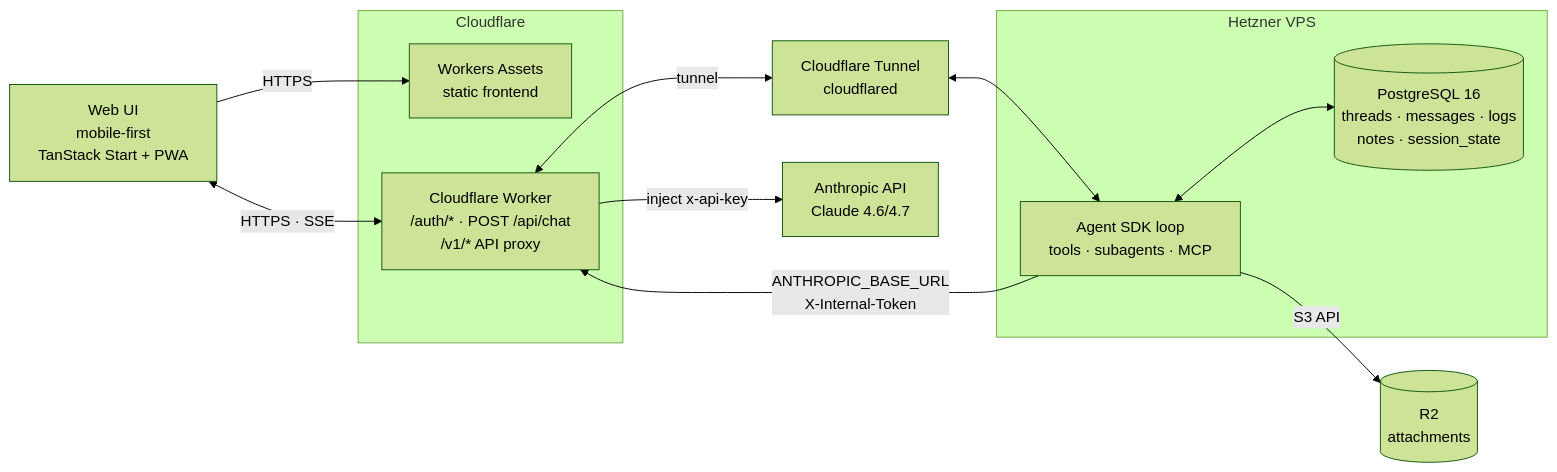
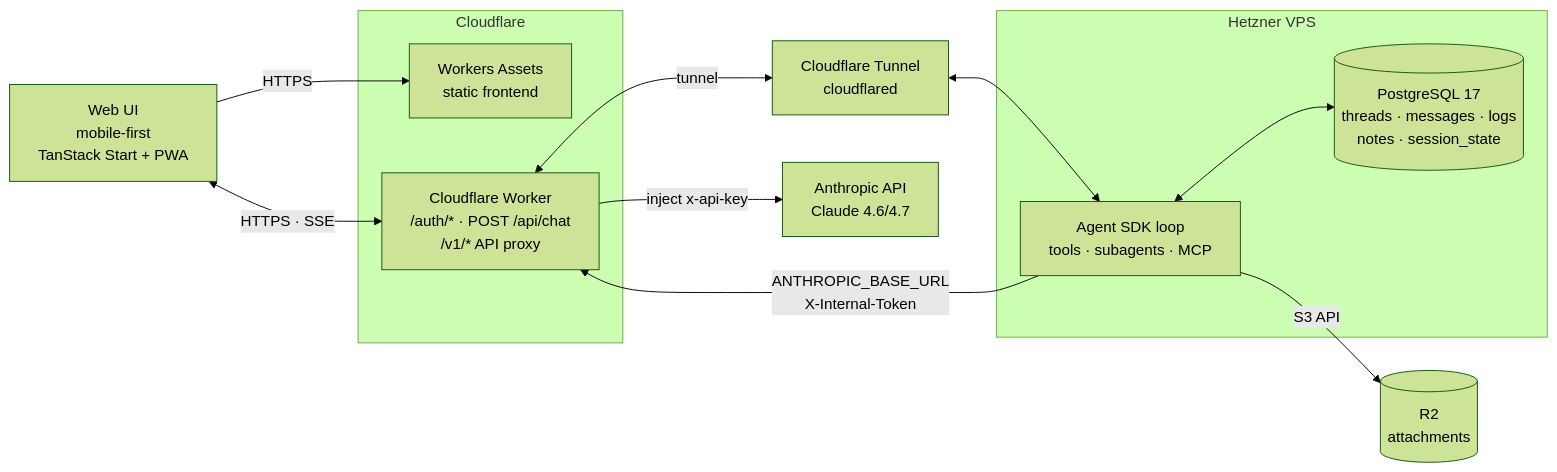
Before and after one commit to abdihashii/anthropic-agent-sdk-practice: the second of 6 diagrams in spec.md, drawn with Mermaid (forest theme). The commit also changed other lines of this file, not shown here.

````diff
--- a/spec.md
+++ b/spec.md
@@ -49,30 +49,30 @@
 ```mermaid
 flowchart LR
     UI[Web UI<br/>mobile-first<br/>TanStack Start + PWA]
     Assets[Workers Assets<br/>static frontend]
     Worker[Cloudflare Worker<br/>/auth/* · POST /api/chat<br/>/v1/* API proxy]
     Tunnel[Cloudflare Tunnel<br/>cloudflared]
     SDK[Agent SDK loop<br/>tools · subagents · MCP]
-    PG[(PostgreSQL 16<br/>threads · messages · logs<br/>notes · session_state)]
+    PG[(PostgreSQL 17<br/>threads · messages · logs<br/>notes · session_state)]
     R2[(R2<br/>attachments)]
     Anthropic[Anthropic API<br/>Claude 4.6/4.7]
 
     subgraph CF[Cloudflare]
         Assets
         Worker
     end
 
     subgraph VPS[Hetzner VPS]
         SDK
         PG
     end
 
     UI -->|HTTPS| Assets
     UI <-->|HTTPS · SSE| Worker
     Worker <-->|tunnel| Tunnel
     Tunnel <--> SDK
     SDK <--> PG
     SDK -->|S3 API| R2
     SDK -->|ANTHROPIC_BASE_URL<br/>X-Internal-Token| Worker
     Worker -->|inject x-api-key| Anthropic
 ```
````
